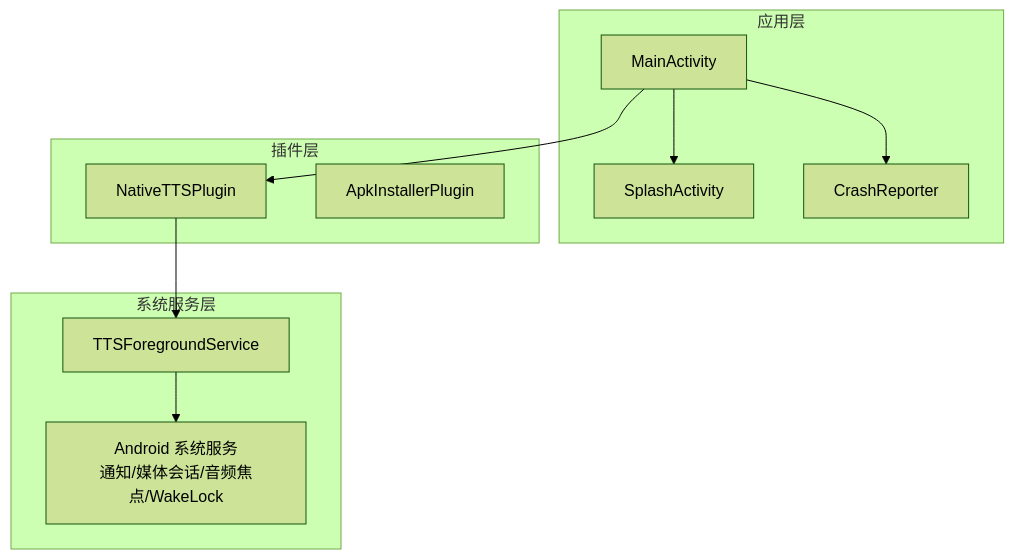
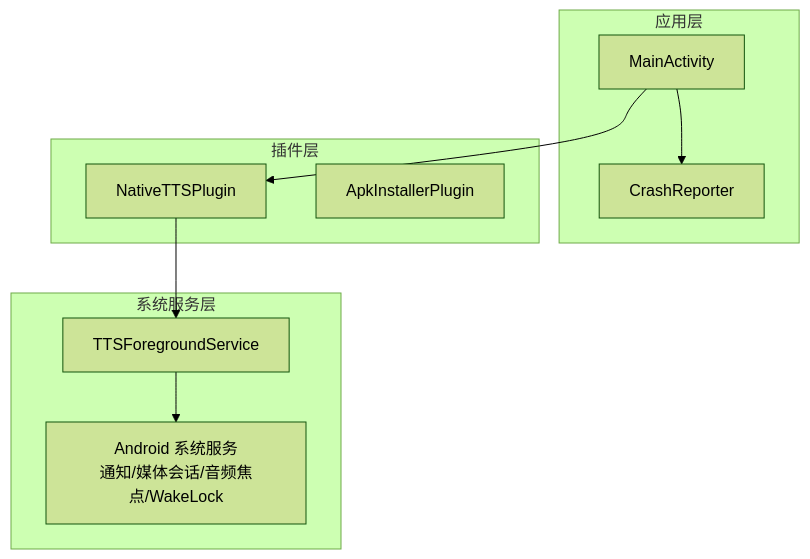
One commit to zhao-zg/cx changed the first of 5 diagrams in .qoder/repowiki/zh/content/移动应用开发/服务管理.md. Above: the diagram before and after it, drawn with Mermaid (forest theme). The commit also changed other lines of this file and 44 other files, not shown here.

````diff
--- a/.qoder/repowiki/zh/content/移动应用开发/服务管理.md
+++ b/.qoder/repowiki/zh/content/移动应用开发/服务管理.md
@@ -48,21 +49,19 @@
 ```mermaid
 graph TB
 subgraph "应用层"
 MA["MainActivity"]
-SA["SplashActivity"]
 BR["CrashReporter"]
 end
 subgraph "插件层"
 NTTS["NativeTTSPlugin"]
 INST["ApkInstallerPlugin"]
 end
 subgraph "系统服务层"
 SVC["TTSForegroundService"]
 SYS["Android 系统服务<br/>通知/媒体会话/音频焦点/WakeLock"]
 end
-MA --> SA
 MA --> NTTS
 NTTS --> SVC
 SVC --> SYS
 MA --> BR
 ```
````
